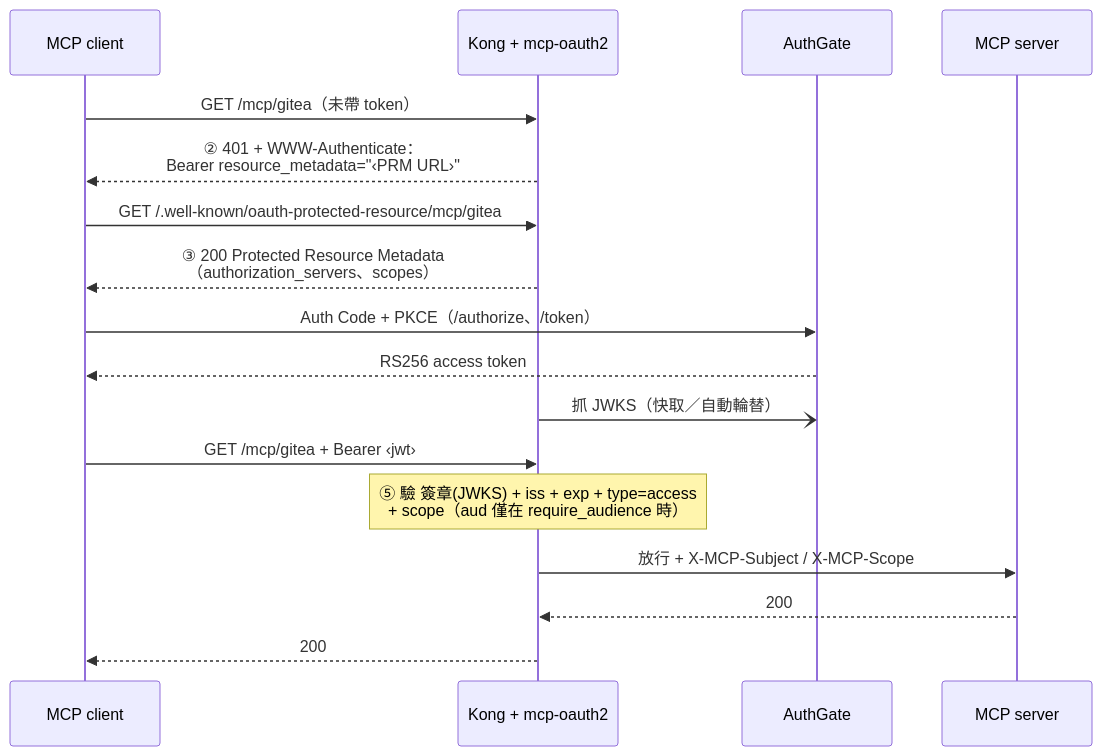
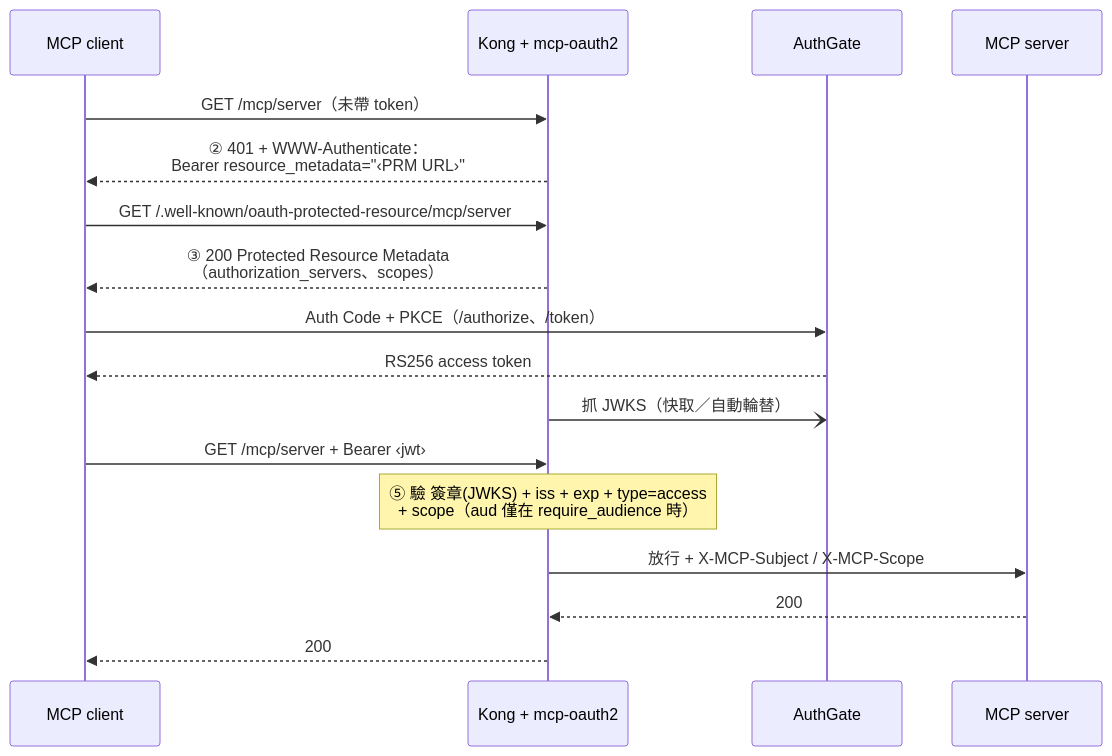
Before and after one commit to go-authgate/kong-mcp-oauth2: the second of 2 diagrams in README.zh-TW.md, drawn with Mermaid. The commit also changed other lines of this file and 8 other files, not shown here.

First line of the commit message:
refactor: rename mcp/gitea path to mcp/server across all files

````diff
--- a/README.zh-TW.md
+++ b/README.zh-TW.md
@@ -56,20 +56,20 @@
 ```mermaid
 sequenceDiagram
     participant C as MCP client
     participant K as Kong + mcp-oauth2
     participant A as AuthGate
     participant M as MCP server
 
-    C->>K: GET /mcp/gitea（未帶 token）
+    C->>K: GET /mcp/server（未帶 token）
     K-->>C: ② 401 + WWW-Authenticate：<br/>Bearer resource_metadata="‹PRM URL›"
-    C->>K: GET /.well-known/oauth-protected-resource/mcp/gitea
+    C->>K: GET /.well-known/oauth-protected-resource/mcp/server
     K-->>C: ③ 200 Protected Resource Metadata<br/>（authorization_servers、scopes）
     C->>A: Auth Code + PKCE（/authorize、/token）
     A-->>C: RS256 access token
     K-)A: 抓 JWKS（快取／自動輪替）
-    C->>K: GET /mcp/gitea + Bearer ‹jwt›
+    C->>K: GET /mcp/server + Bearer ‹jwt›
     Note over K: ⑤ 驗 簽章(JWKS) + iss + exp + type=access<br/>+ scope（aud 僅在 require_audience 時）
     K->>M: 放行 + X-MCP-Subject / X-MCP-Scope
     M-->>K: 200
     K-->>C: 200
 ```
````
